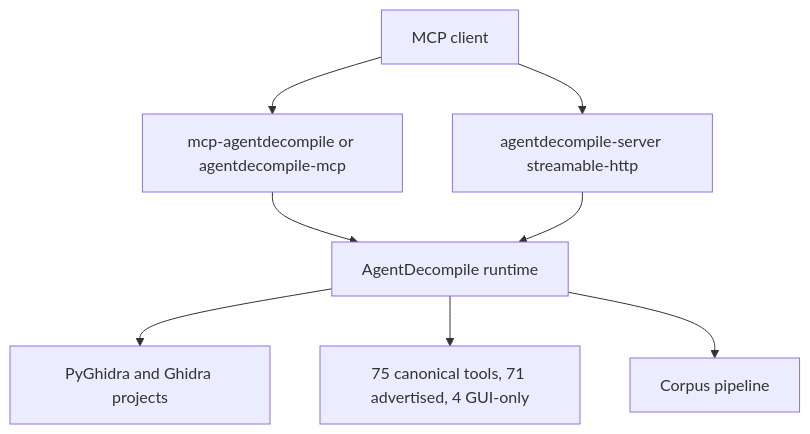
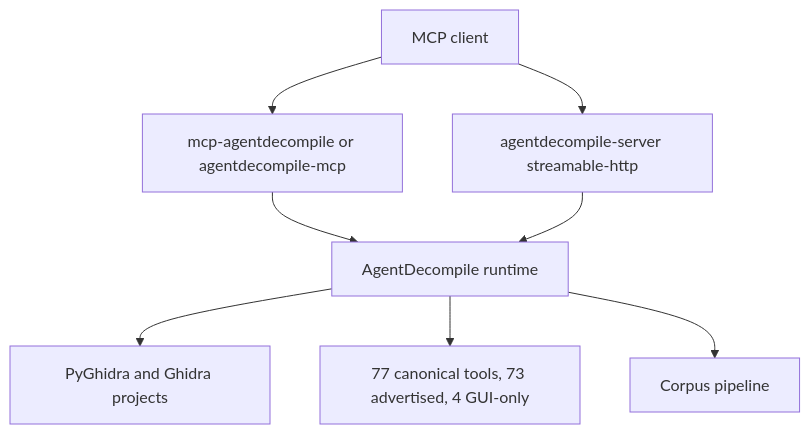
The diagram in README.md (bodencrouch/AgentDecompile), drawn with Mermaid before and after one commit. The commit also changed 6 other files, not shown here.

````diff
--- a/README.md
+++ b/README.md
@@ -11,10 +11,10 @@
 ```mermaid
 flowchart TD
   A[MCP client] --> B[mcp-agentdecompile or agentdecompile-mcp]
   A --> C[agentdecompile-server streamable-http]
   B --> D[AgentDecompile runtime]
   C --> D
   D --> E[PyGhidra and Ghidra projects]
-  D --> F[75 canonical tools, 71 advertised, 4 GUI-only]
+  D --> F[77 canonical tools, 73 advertised, 4 GUI-only]
   D --> G[Corpus pipeline]
 ```
````
